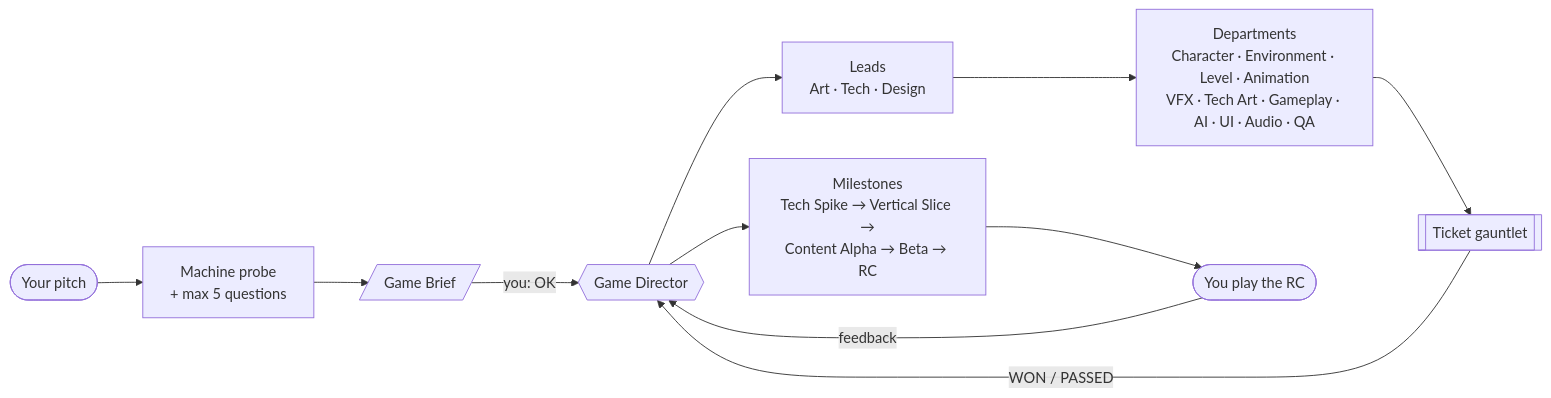
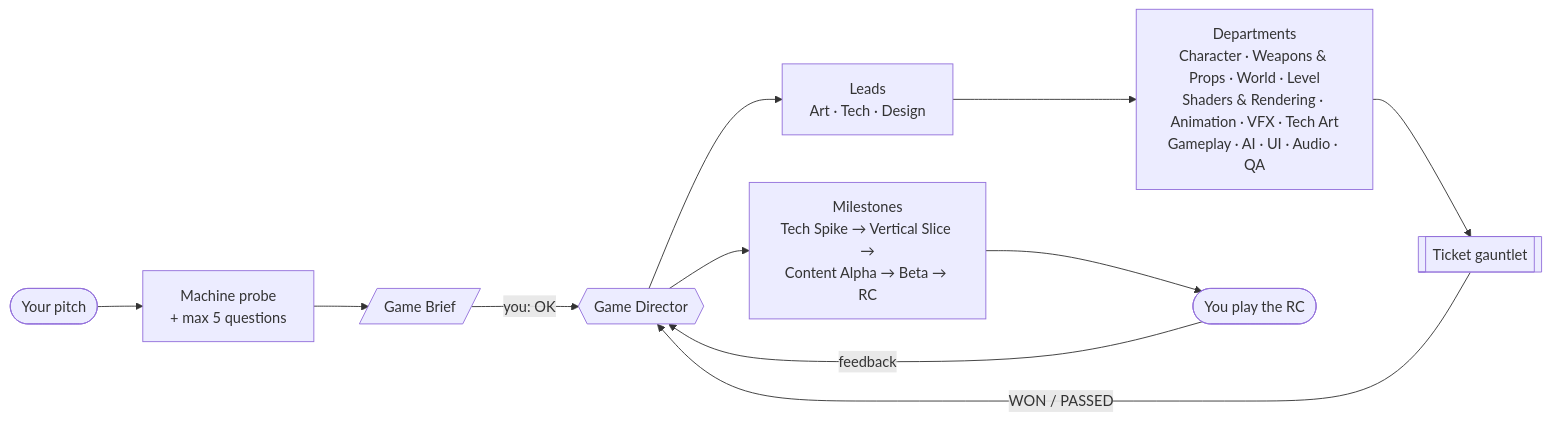
Before and after one commit to Cosmic-Game-studios/gauntlet-loop: the first of 2 diagrams in README.md, drawn with Mermaid. The commit also changed other lines of this file and 11 other files, not shown here.

First line of the commit message:
Crucible v5: AAA visual departments (Character Art, Weapon & Prop Art, World Design, Shaders & Rendering), craft for world/level/character/weapon/shaders/optimization, material and modelling starters, perf gate

````diff
--- a/README.md
+++ b/README.md
@@ -87,13 +89,13 @@
 ```mermaid
 flowchart LR
     P([Your pitch]) --> Q[Machine probe<br/>+ max 5 questions]
     Q --> B[/Game Brief/]
     B -->|you: OK| D{{Game Director}}
     D --> L[Leads<br/>Art · Tech · Design]
-    L --> DEP[Departments<br/>Character · Environment · Level · Animation<br/>VFX · Tech Art · Gameplay · AI · UI · Audio · QA]
+    L --> DEP[Departments<br/>Character · Weapons & Props · World · Level<br/>Shaders & Rendering · Animation · VFX · Tech Art<br/>Gameplay · AI · UI · Audio · QA]
     DEP --> G[[Ticket gauntlet]]
     G -->|WON / PASSED| D
     D --> M[Milestones<br/>Tech Spike → Vertical Slice →<br/>Content Alpha → Beta → RC]
     M --> H([You play the RC])
     H -->|feedback| D
 ```
````
